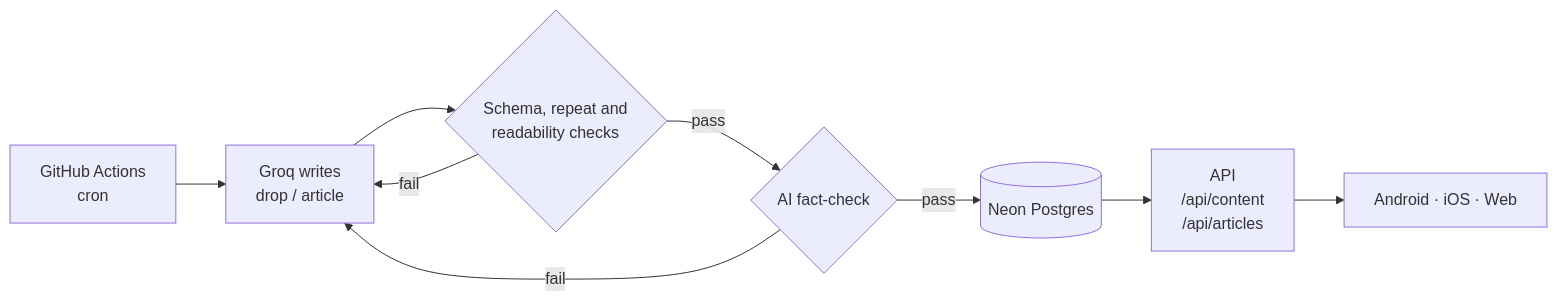
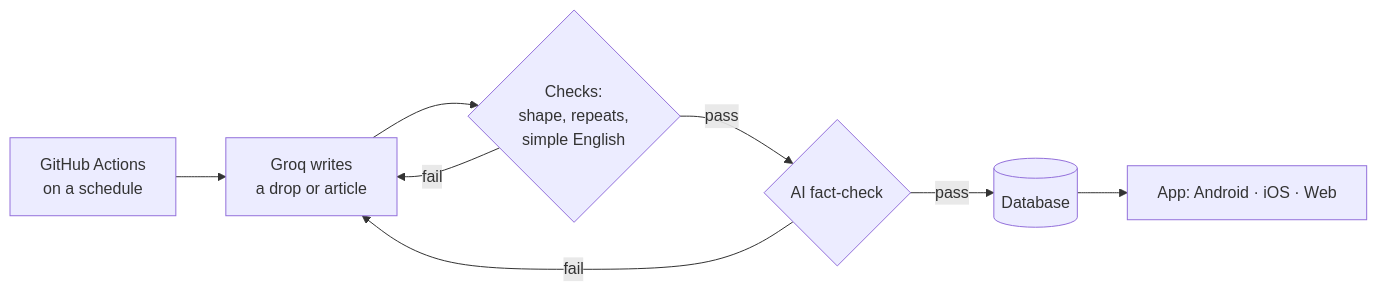
One commit to priyanshuBS/learn5 changed the diagram in README.md. Above: the diagram before and after it, drawn with Mermaid. The commit also changed other lines of this file and 2 other files, not shown here.

````diff
--- a/README.md
+++ b/README.md
@@ -149,11 +124,10 @@
 ```mermaid
 flowchart LR
-    A[GitHub Actions<br/>cron] --> B[Groq writes<br/>drop / article]
-    B --> C{Schema, repeat and<br/>readability checks}
+    A[GitHub Actions<br/>on a schedule] --> B[Groq writes<br/>a drop or article]
+    B --> C{Checks:<br/>shape, repeats,<br/>simple English}
     C -- fail --> B
     C -- pass --> D{AI fact-check}
     D -- fail --> B
-    D -- pass --> E[(Neon Postgres)]
-    E --> F[API<br/>/api/content<br/>/api/articles]
-    F --> G[Android · iOS · Web]
+    D -- pass --> E[(Database)]
+    E --> F[App: Android · iOS · Web]
 ```
````
